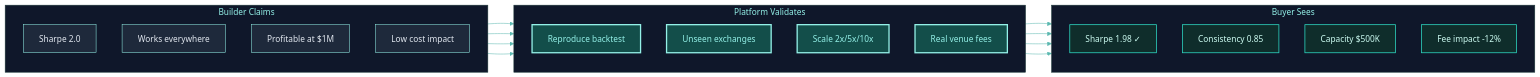
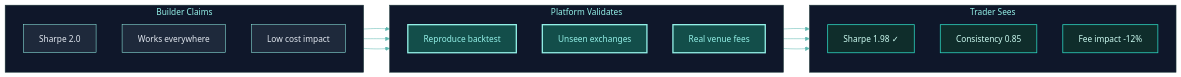
One commit to Clypt/docs changed the second of 2 diagrams in platform/marketplace.mdx. Above: the diagram before and after it, drawn with Mermaid. The commit also changed other lines of this file and 43 other files, not shown here.

````diff
--- a/platform/marketplace.mdx
+++ b/platform/marketplace.mdx
@@ -71,33 +70,29 @@
 ```mermaid
 %%{init: {'theme': 'base', 'themeVariables': { 'primaryColor': '#1e293b', 'primaryTextColor': '#e2e8f0', 'primaryBorderColor': '#94F1E8', 'lineColor': '#5bb8b0', 'clusterBkg': '#0f172a', 'clusterBorder': '#1e3a3a', 'titleColor': '#94F1E8', 'edgeLabelBackground': 'transparent' }}}%%
 flowchart LR
     classDef highlight fill:#134e4a,stroke:#94F1E8,stroke-width:2.5px,color:#94F1E8
     classDef success fill:#0f2d2b,stroke:#2dd4bf,stroke-width:1.5px,color:#ccfbf1
     subgraph BS["Builder Claims"]
         direction TB
         B1["Sharpe 2.0"]
         B2["Works everywhere"]
-        B3["Profitable at $1M"]
-        B4["Low cost impact"]
+        B3["Low cost impact"]
     end
     subgraph PV["Platform Validates"]
         direction TB
         P1["Reproduce backtest"]
         P2["Unseen exchanges"]
-        P3["Scale 2x/5x/10x"]
-        P4["Real venue fees"]
+        P3["Real venue fees"]
     end
-    subgraph BY["Buyer Sees"]
+    subgraph BY["Trader Sees"]
         direction TB
         Y1["Sharpe 1.98 ✓"]
         Y2["Consistency 0.85"]
-        Y3["Capacity $500K"]
-        Y4["Fee impact -12%"]
+        Y3["Fee impact -12%"]
     end
     B1 --> P1 --> Y1
     B2 --> P2 --> Y2
     B3 --> P3 --> Y3
-    B4 --> P4 --> Y4
-    class P1,P2,P3,P4 highlight
-    class Y1,Y2,Y3,Y4 success
+    class P1,P2,P3 highlight
+    class Y1,Y2,Y3 success
 ```
````
